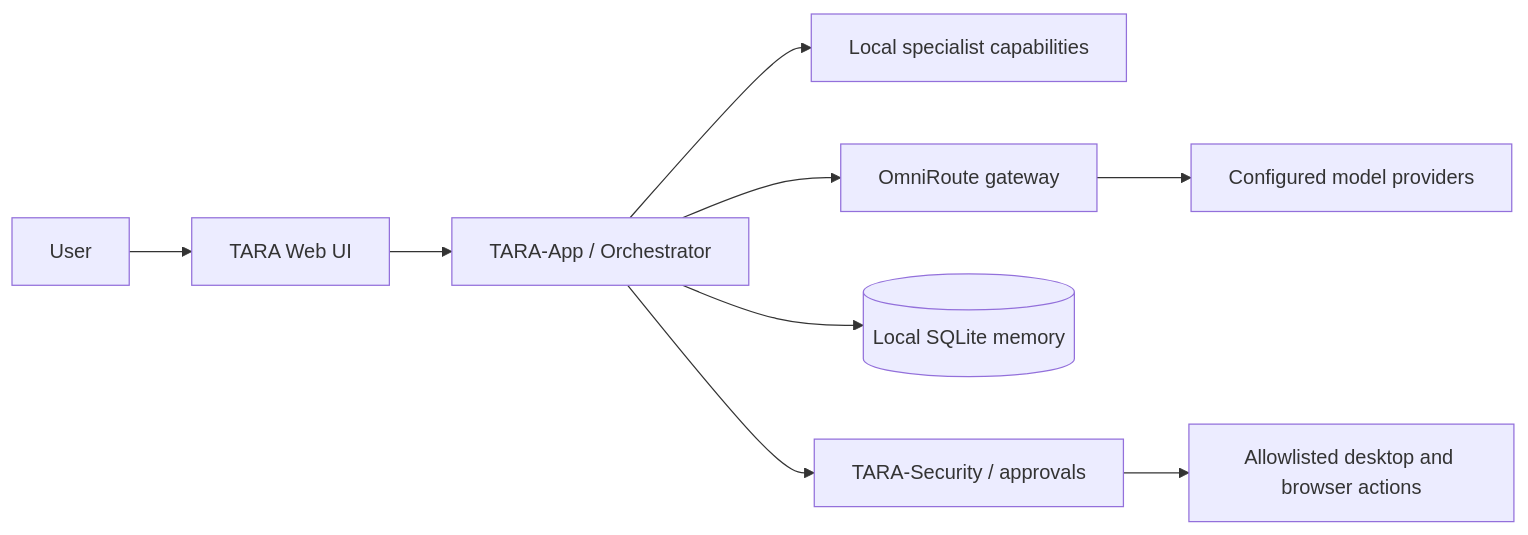
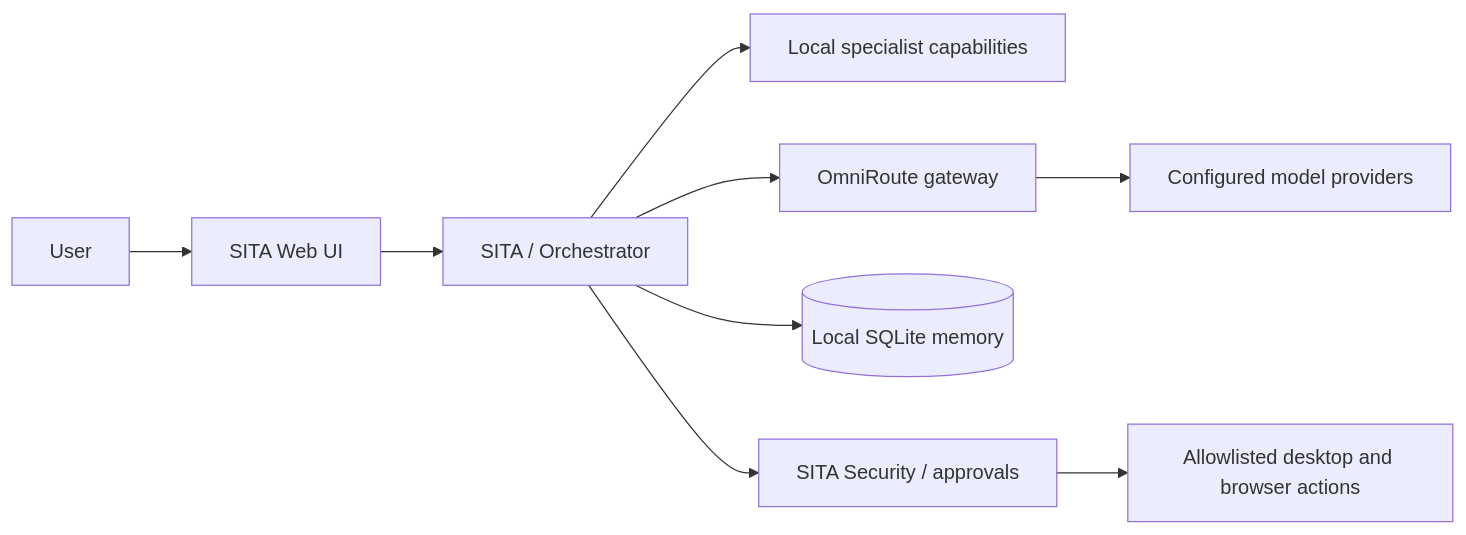
One commit to deathkernel/SITA changed the first of 12 diagrams in README.md. Above: the diagram before and after it, drawn with Mermaid. The commit also changed other lines of this file and 34 other files, not shown here.

Commit message:
feat: rebrand TARA as SITA with compatibility aliases

````diff
--- a/README.md
+++ b/README.md
@@ -327,11 +327,11 @@
 ```mermaid
 flowchart LR
-  User[User] --> UI[TARA Web UI]
-  UI --> App[TARA-App / Orchestrator]
+  User[User] --> UI[SITA Web UI]
+  UI --> App[SITA / Orchestrator]
   App --> Specialists[Local specialist capabilities]
   App --> Gateway[OmniRoute gateway]
   Gateway --> Providers[Configured model providers]
   App --> SQLite[(Local SQLite memory)]
-  App --> Security[TARA-Security / approvals]
+  App --> Security[SITA Security / approvals]
   Security --> Tools[Allowlisted desktop and browser actions]
 ```
````
